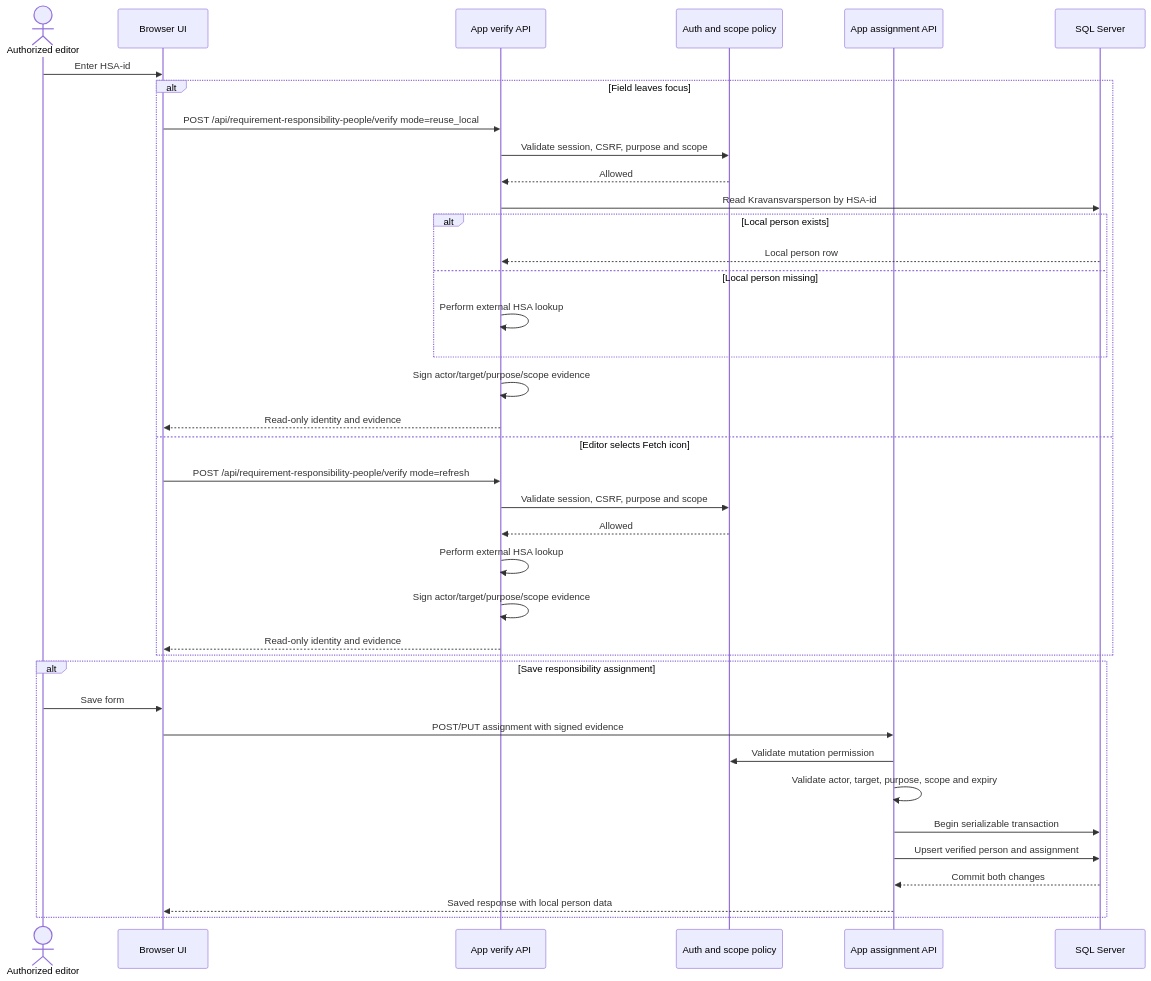
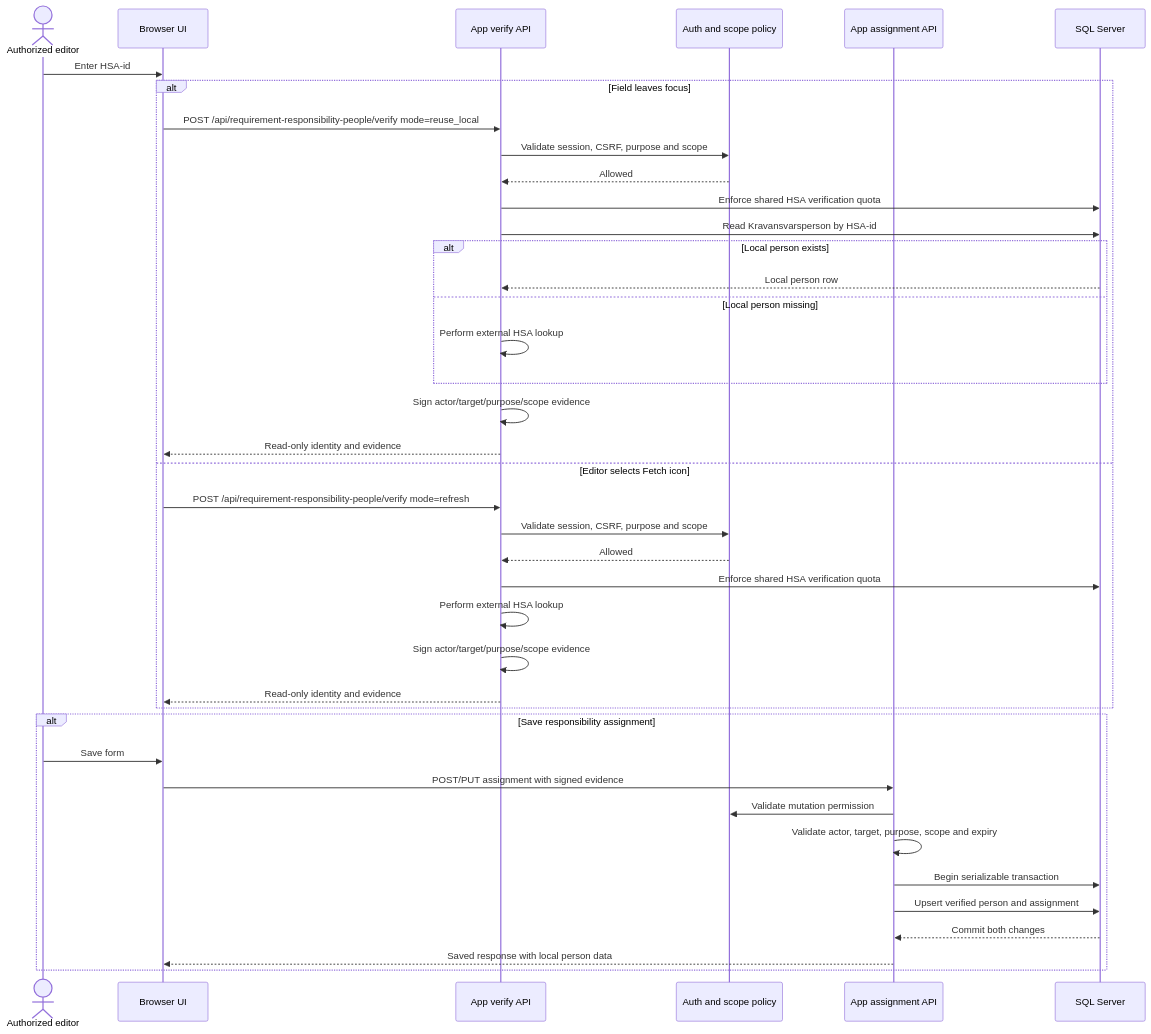
Before and after one commit to johlju/Kravhantering: the third of 3 diagrams in docs/integrations/hsa-person-lookup-integration.md, drawn with Mermaid. The commit also changed other lines of this file and 76 other files, not shown here.

````diff
--- a/docs/integrations/hsa-person-lookup-integration.md
+++ b/docs/integrations/hsa-person-lookup-integration.md
@@ -281,42 +269,44 @@
 ```mermaid
 sequenceDiagram
     actor Editor as Authorized editor
     participant UI as Browser UI
     participant Verify as App verify API
     participant Policy as Auth and scope policy
     participant Save as App assignment API
     participant DB as SQL Server
 
     Editor->>UI: Enter HSA-id
     alt Field leaves focus
         UI->>Verify: POST /api/requirement-responsibility-people/verify mode=reuse_local
         Verify->>Policy: Validate session, CSRF, purpose and scope
         Policy-->>Verify: Allowed
+        Verify->>DB: Enforce shared HSA verification quota
         Verify->>DB: Read Kravansvarsperson by HSA-id
         alt Local person exists
             DB-->>Verify: Local person row
         else Local person missing
             Verify->>Verify: Perform external HSA lookup
         end
         Verify->>Verify: Sign actor/target/purpose/scope evidence
         Verify-->>UI: Read-only identity and evidence
     else Editor selects Fetch icon
         UI->>Verify: POST /api/requirement-responsibility-people/verify mode=refresh
         Verify->>Policy: Validate session, CSRF, purpose and scope
         Policy-->>Verify: Allowed
+        Verify->>DB: Enforce shared HSA verification quota
         Verify->>Verify: Perform external HSA lookup
         Verify->>Verify: Sign actor/target/purpose/scope evidence
         Verify-->>UI: Read-only identity and evidence
     end
 
     alt Save responsibility assignment
         Editor->>UI: Save form
         UI->>Save: POST/PUT assignment with signed evidence
         Save->>Policy: Validate mutation permission
         Save->>Save: Validate actor, target, purpose, scope and expiry
         Save->>DB: Begin serializable transaction
         Save->>DB: Upsert verified person and assignment
         DB-->>Save: Commit both changes
         Save-->>UI: Saved response with local person data
     end
 ```
````
